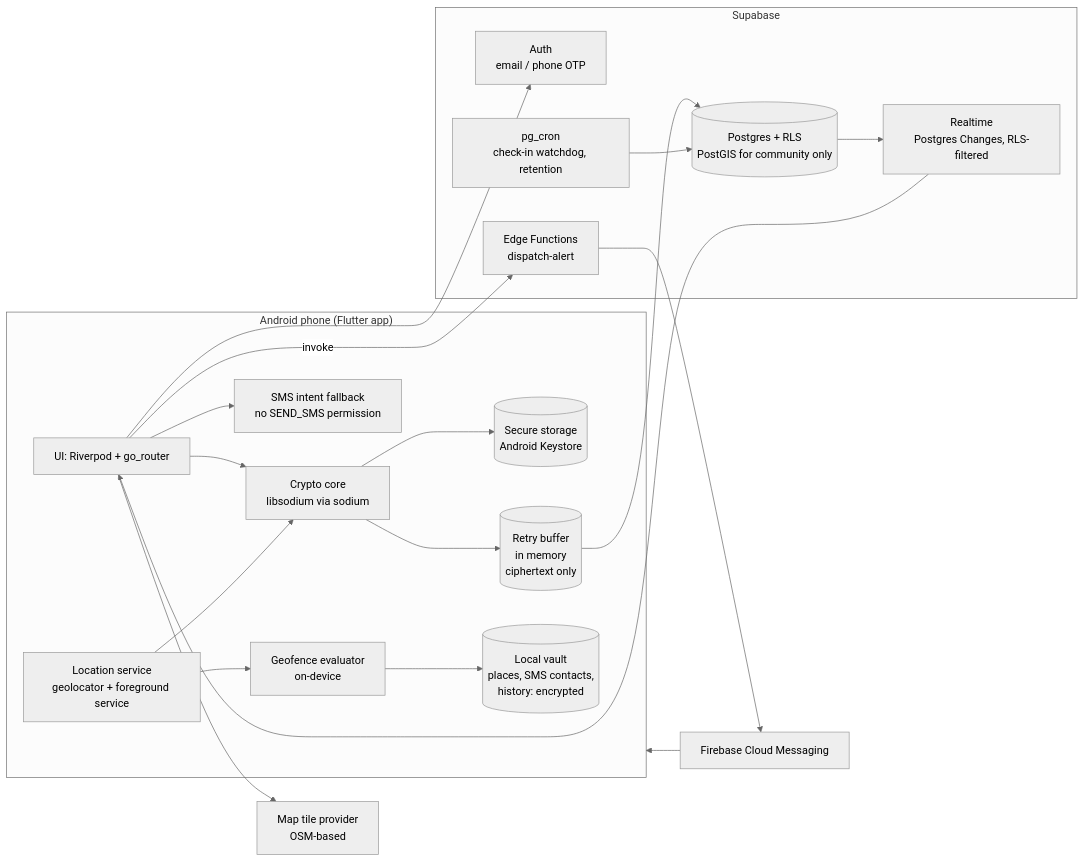
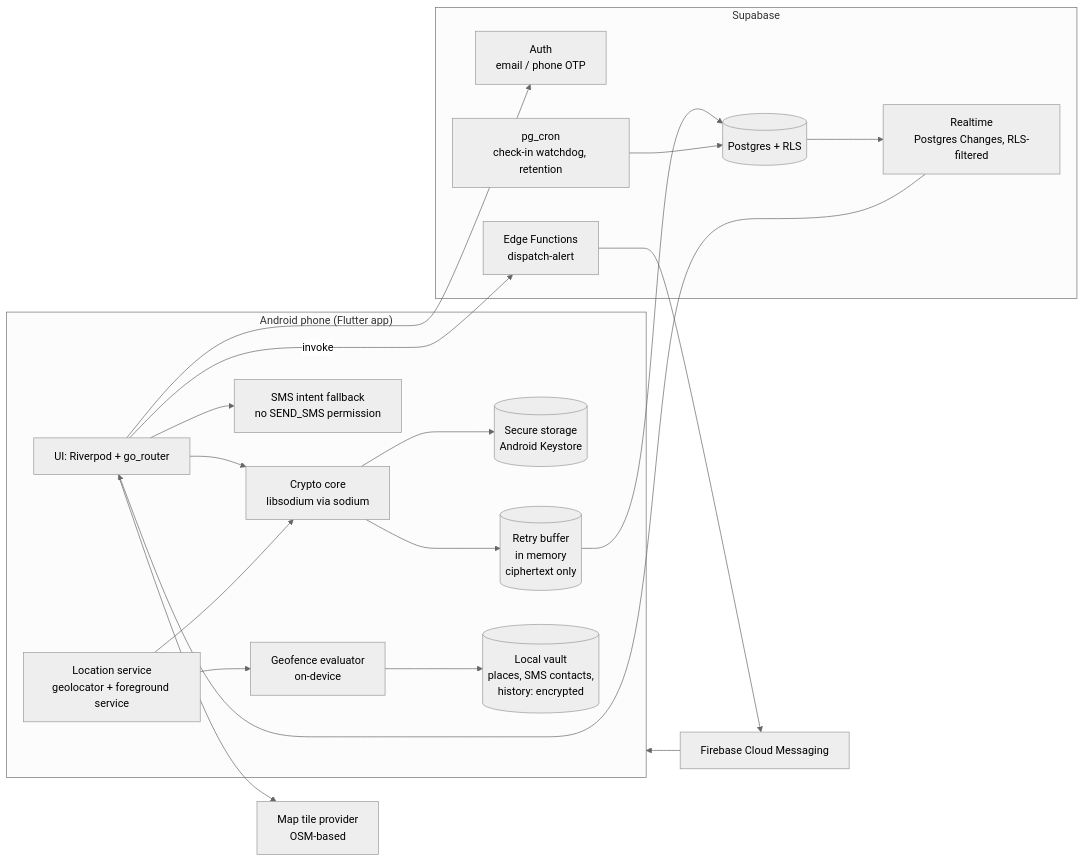
One commit to 1ungaka/AfriSafety changed the first of 4 diagrams in docs/architecture.md. Above: the diagram before and after it, drawn with Mermaid (neutral theme). The commit also changed other lines of this file and 5 other files, not shown here.

````diff
--- a/docs/architecture.md
+++ b/docs/architecture.md
@@ -34,35 +34,35 @@
 ```mermaid
 flowchart LR
   subgraph Phone["Android phone (Flutter app)"]
     UI[UI: Riverpod + go_router]
     LOC[Location service<br/>geolocator + foreground service]
     GEO[Geofence evaluator<br/>on-device]
     CRY[Crypto core<br/>libsodium via sodium]
     KS[(Secure storage<br/>Android Keystore)]
     Q[(Retry buffer<br/>in memory<br/>ciphertext only)]
     V[(Local vault<br/>places, SMS contacts,<br/>history: encrypted)]
     SMSI[SMS intent fallback<br/>no SEND_SMS permission]
   end
 
   subgraph Supabase
     AUTH[Auth<br/>email / phone OTP]
-    PG[(Postgres + RLS<br/>PostGIS for community only)]
+    PG[(Postgres + RLS)]
     RT[Realtime<br/>Postgres Changes, RLS-filtered]
     EF[Edge Functions<br/>dispatch-alert]
     CRON[pg_cron<br/>check-in watchdog, retention]
   end
 
   FCM[Firebase Cloud Messaging]
   TILES[Map tile provider<br/>OSM-based]
 
   UI --> CRY --> KS
   GEO --> V
   LOC --> GEO
   LOC --> CRY --> Q --> PG
   PG --> RT --> UI
   UI --> AUTH
   UI -- invoke --> EF --> FCM --> Phone
   CRON --> PG
   UI --> TILES
   UI --> SMSI
 ```
````
